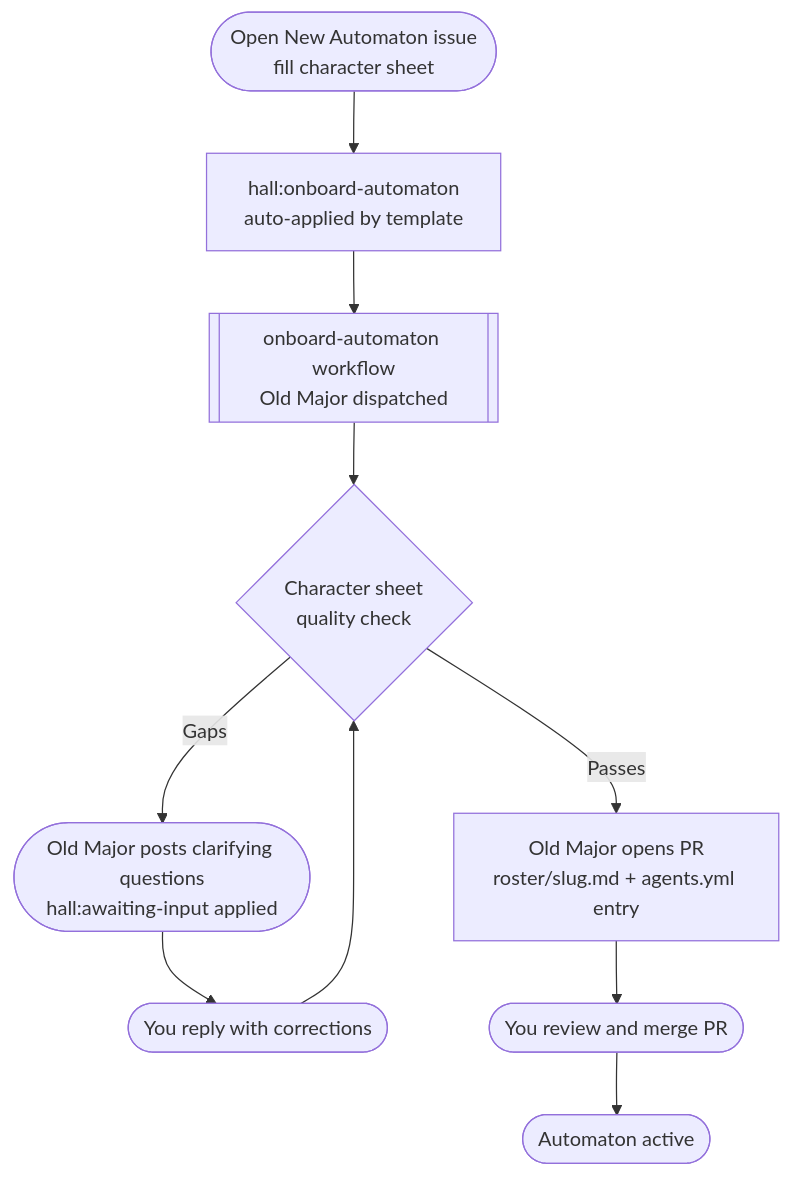
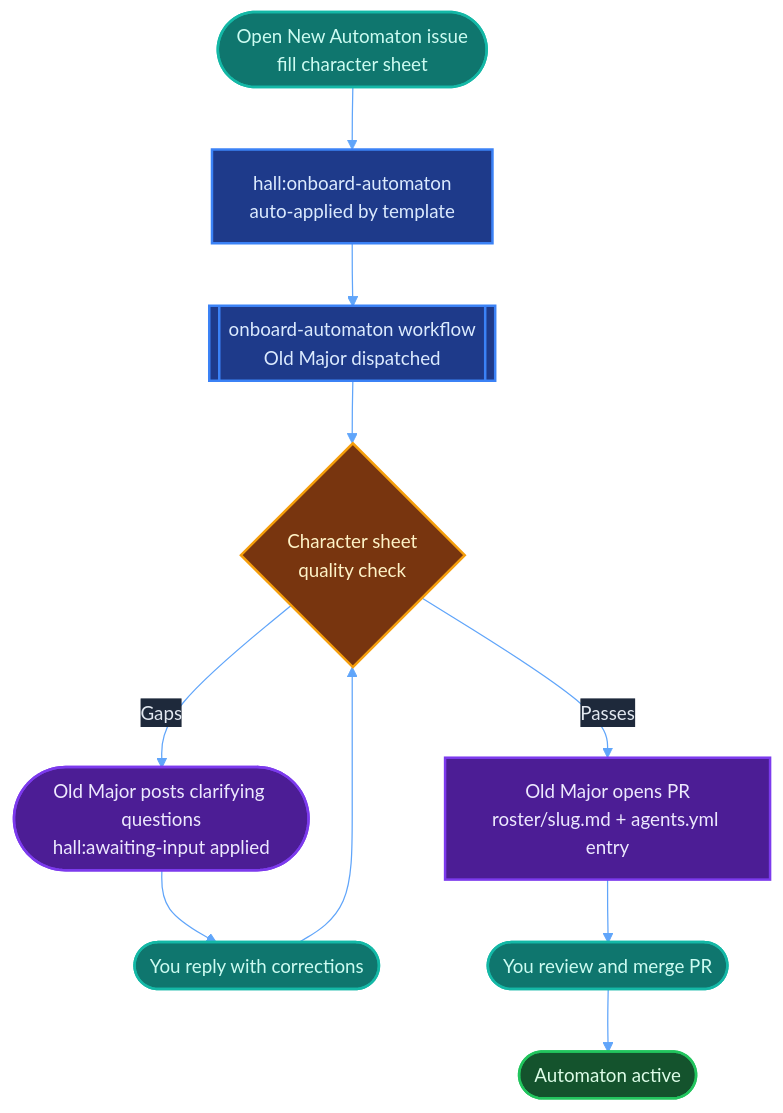
The diagram in codex/automaton-onboarding.md (MockaSort-Studio/hall-of-automata), drawn with Mermaid before and after one commit. The commit also changed 13 other files, not shown here.

````diff
--- a/codex/automaton-onboarding.md
+++ b/codex/automaton-onboarding.md
@@ -27,12 +27,26 @@
 ```mermaid
+%%{init: {'theme': 'base', 'themeVariables': {'fontSize': '15px', 'primaryColor': '#1e3a5f', 'primaryTextColor': '#e2e8f0', 'primaryBorderColor': '#3b82f6', 'lineColor': '#60a5fa', 'secondaryColor': '#1e293b', 'tertiaryColor': '#0f1929', 'clusterBkg': '#0d1b2e', 'clusterBorder': '#334155', 'titleColor': '#c0cfe4', 'edgeLabelBackground': '#1e293b'}}}%%
+
 flowchart TD
     A([Open New Automaton issue\nfill character sheet]) --> B[hall:onboard-automaton\nauto-applied by template]
     B --> C[[onboard-automaton workflow\nOld Major dispatched]]
     C --> D{Character sheet\nquality check}
     D -- Gaps --> E([Old Major posts clarifying questions\nhall:awaiting-input applied])
     E --> F([You reply with corrections])
     F --> D
     D -- Passes --> G[Old Major opens PR\nroster/slug.md + agents.yml entry]
     G --> H([You review and merge PR])
     H --> I([Automaton active])
+
+    classDef user fill:#0f766e,stroke:#14b8a6,color:#ccfbf1,stroke-width:2px
+    classDef system fill:#1e3a8a,stroke:#3b82f6,color:#dbeafe,stroke-width:2px
+    classDef agent fill:#4c1d95,stroke:#7c3aed,color:#ede9fe,stroke-width:2px
+    classDef decision fill:#78350f,stroke:#f59e0b,color:#fef3c7,stroke-width:2px
+    classDef success fill:#14532d,stroke:#22c55e,color:#dcfce7,stroke-width:2px
+
+    class A,F,H user
+    class B,C system
+    class D decision
+    class E,G agent
+    class I success
 ```
````
